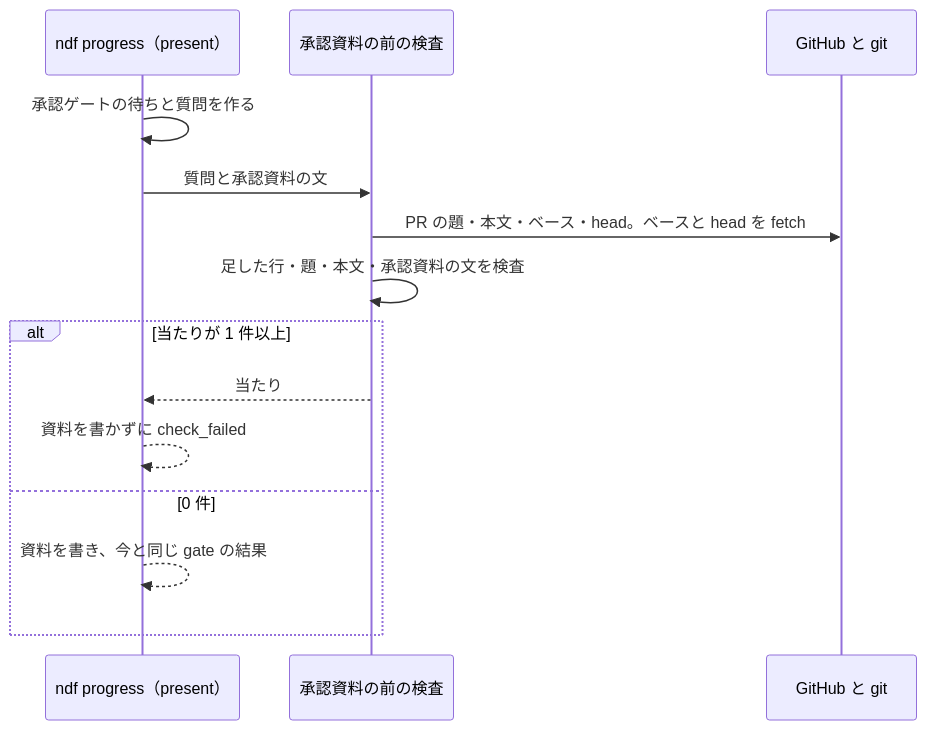
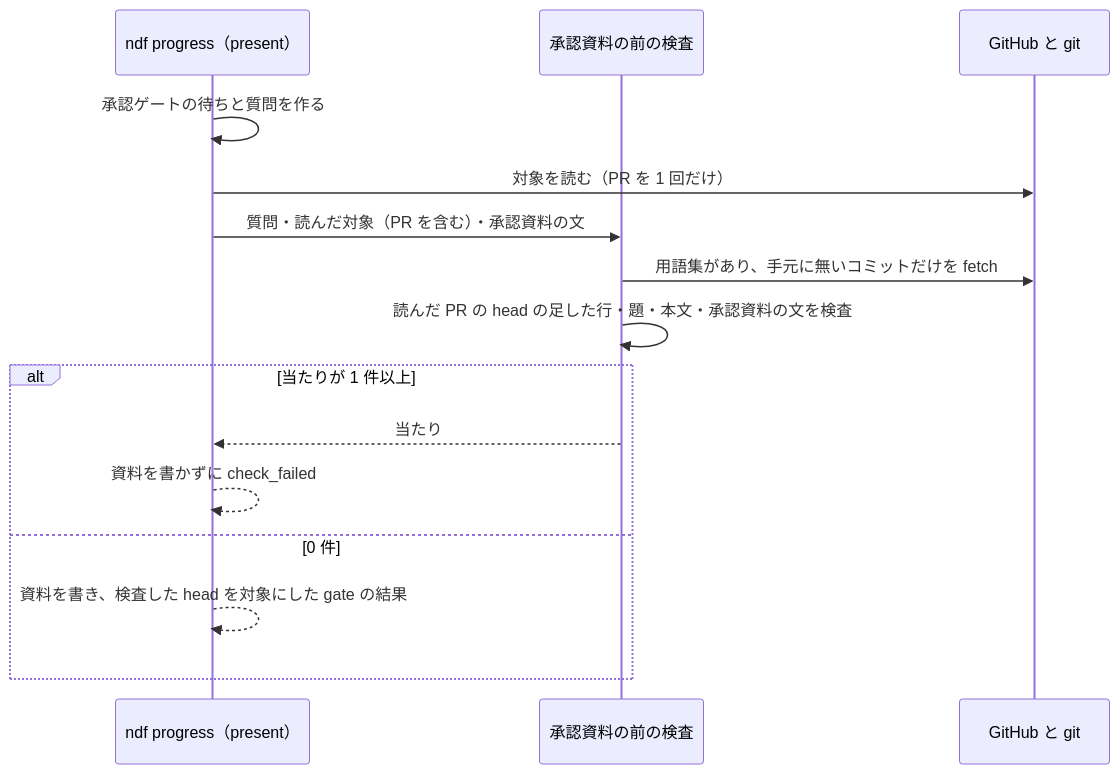
One commit to devbasex/ai-plugins changed the fourth of 4 diagrams in issues/issue-4285-design.md. Above: the diagram before and after it, drawn with Mermaid. The commit also changed other lines of this file and 1 other file, not shown here.

Commit message:
Docs: #4285 の設計をレビューの指摘で直す（承認ゲートの head の一致・用語集の書き換え・送り直しの後の検査・指示に載せる値）

````diff
--- a/issues/issue-4285-design.md
+++ b/issues/issue-4285-design.md
@@ -202,16 +213,17 @@
 ```mermaid
 sequenceDiagram
   participant P as ndf progress（present）
   participant W as 承認資料の前の検査
   participant G as GitHub と git
   P->>P: 承認ゲートの待ちと質問を作る
-  P->>W: 質問と承認資料の文
-  W->>G: PR の題・本文・ベース・head。ベースと head を fetch
-  W->>W: 足した行・題・本文・承認資料の文を検査
+  P->>G: 対象を読む（PR を 1 回だけ）
+  P->>W: 質問・読んだ対象（PR を含む）・承認資料の文
+  W->>G: 用語集があり、手元に無いコミットだけを fetch
+  W->>W: 読んだ PR の head の足した行・題・本文・承認資料の文を検査
   alt 当たりが 1 件以上
     W-->>P: 当たり
     P-->>P: 資料を書かずに check_failed
   else 0 件
-    P-->>P: 資料を書き、今と同じ gate の結果
+    P-->>P: 資料を書き、検査した head を対象にした gate の結果
   end
 ```
````
